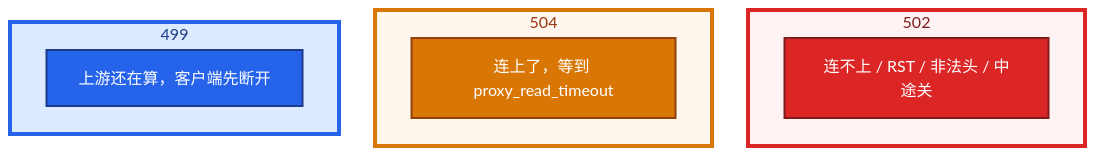
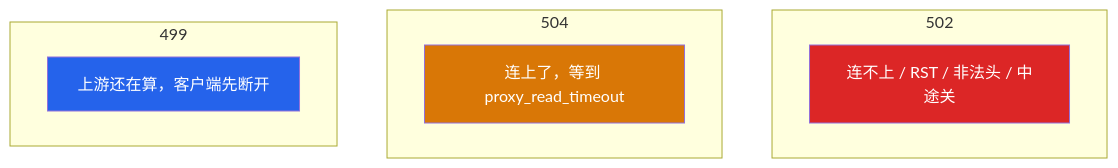
The third of 7 diagrams in 02-基础底座/09-HTTP与TLS/知识点.md (ml-cuizijun/LearnToLilith), drawn with Mermaid before and after one commit. The commit also changed other lines of this file and 213 other files, not shown here.

````diff
--- a/02-基础底座/09-HTTP与TLS/知识点.md
+++ b/02-基础底座/09-HTTP与TLS/知识点.md
@@ -132,24 +117,19 @@
 ```mermaid
-%%{init: {"flowchart": {"padding": 16, "nodeSpacing": 36, "rankSpacing": 48}, "theme": "base"}}%%
 flowchart TB
     subgraph c502 ["502"]
         x["连不上 / RST / 非法头 / 中途关"]
     end
     subgraph c504 ["504"]
         y["连上了，等到 proxy_read_timeout"]
     end
     subgraph c499 ["499"]
         z[上游还在算，客户端先断开]
     end
 
-    classDef a fill:#DC2626,stroke:#7F1D1D,stroke-width:2px,color:#fff
-    classDef b fill:#D97706,stroke:#92400E,stroke-width:2px,color:#fff
-    classDef c fill:#2563EB,stroke:#1E3A8A,stroke-width:2px,color:#fff
+    classDef a fill:#DC2626,color:#fff
+    classDef b fill:#D97706,color:#fff
+    classDef c fill:#2563EB,color:#fff
     class x a
     class y b
     class z c
-
-    style c502 fill:#FEF2F2,stroke:#DC2626,stroke-width:4px,color:#7F1D1D
-    style c504 fill:#FFF7ED,stroke:#D97706,stroke-width:4px,color:#9A3412
-    style c499 fill:#DBEAFE,stroke:#2563EB,stroke-width:4px,color:#1E3A8A
 ```
````
